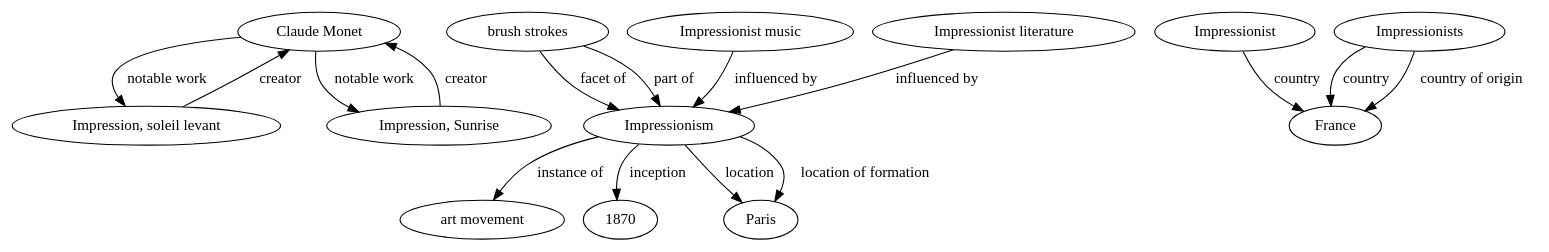
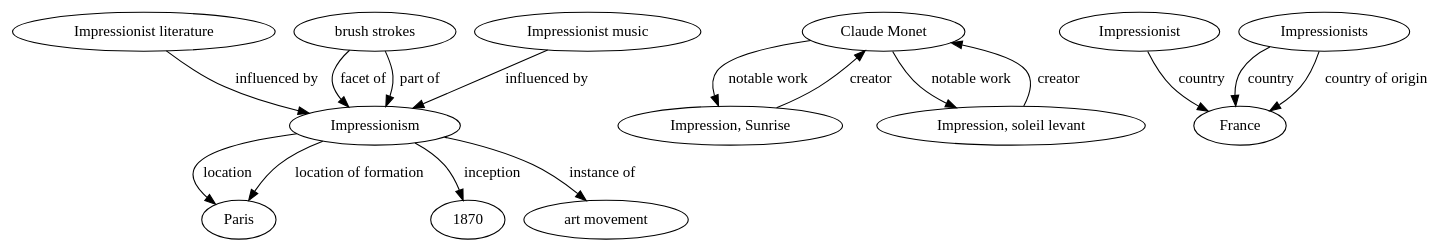
The diagram in param-search/graphs/rebel/sent/1/Impressionism.dot (N-Shimoda/KG-MCQA), drawn with Graphviz before and after one commit. The commit also changed other lines of this file and 63 other files, not shown here.

```diff
--- a/param-search/graphs/rebel/sent/1/Impressionism.dot
+++ b/param-search/graphs/rebel/sent/1/Impressionism.dot
@@ -1,33 +1,33 @@
 digraph RDFGraph {
 	// Nodes
+	"Impressionism";
 	"Claude Monet";
+	"Impression, Sunrise";
+	"Impressionist literature";
 	"brush strokes";
 	"Impression, soleil levant";
 	"Impressionist";
+	"Impressionists";
 	"Impressionist music";
-	"Impressionism";
-	"Impression, Sunrise";
-	"Impressionist literature";
-	"Impressionists";
+	"France";
+	"Paris";
+	"1870";
 	"art movement";
-	"France";
-	"1870";
-	"Paris";
 
 	// Edges
-	"Impressionism" -> "art movement" [label="instance of"];
 	"brush strokes" -> "Impressionism" [label="facet of"];
 	"brush strokes" -> "Impressionism" [label="part of"];
+	"Impressionism" -> "art movement" [label="instance of"];
 	"Impressionism" -> "Paris" [label="location"];
+	"Impressionism" -> "Paris" [label="location of formation"];
 	"Impressionism" -> "1870" [label="inception"];
-	"Impressionism" -> "Paris" [label="location of formation"];
 	"Impressionists" -> "France" [label="country"];
 	"Impressionist" -> "France" [label="country"];
 	"Impressionists" -> "France" [label="country of origin"];
+	"Impression, soleil levant" -> "Claude Monet" [label="creator"];
+	"Claude Monet" -> "Impression, Sunrise" [label="notable work"];
 	"Impression, Sunrise" -> "Claude Monet" [label="creator"];
-	"Impression, soleil levant" -> "Claude Monet" [label="creator"];
 	"Claude Monet" -> "Impression, soleil levant" [label="notable work"];
-	"Claude Monet" -> "Impression, Sunrise" [label="notable work"];
+	"Impressionist literature" -> "Impressionism" [label="influenced by"];
 	"Impressionist music" -> "Impressionism" [label="influenced by"];
-	"Impressionist literature" -> "Impressionism" [label="influenced by"];
 }
```
